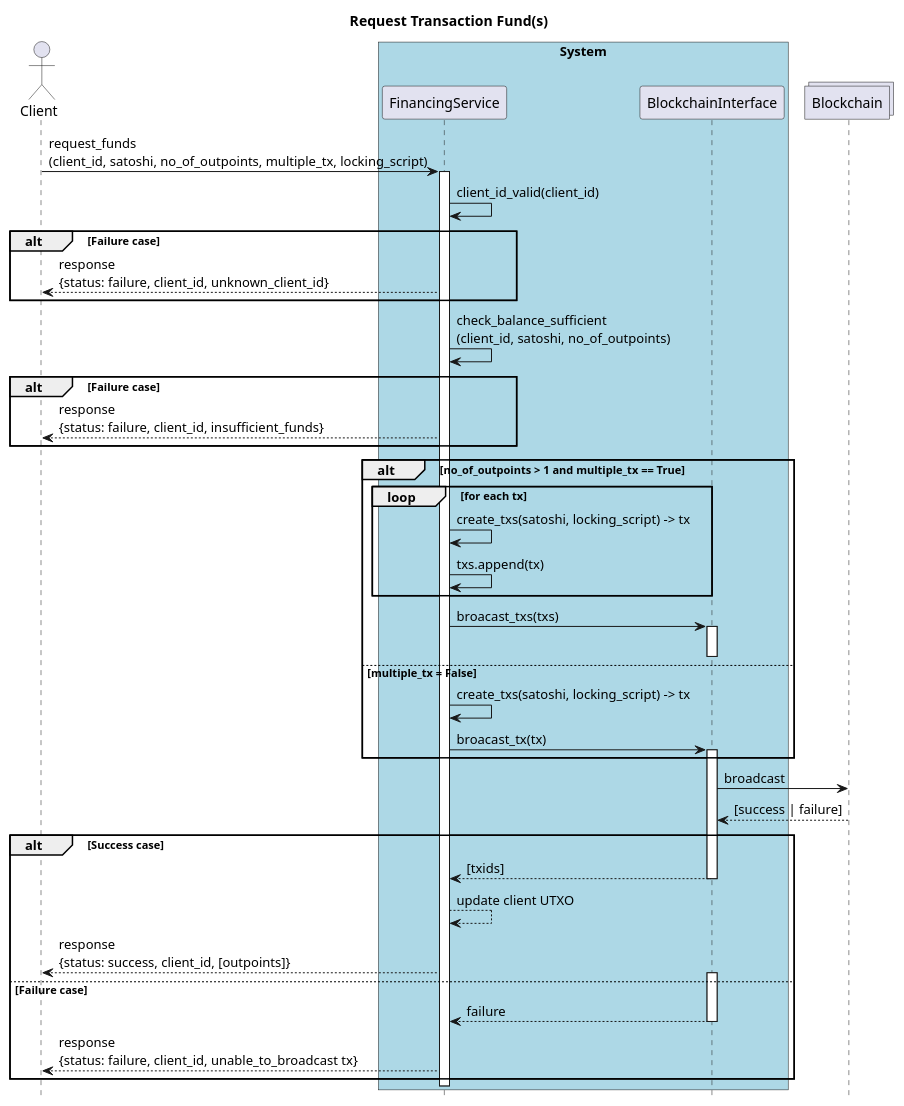
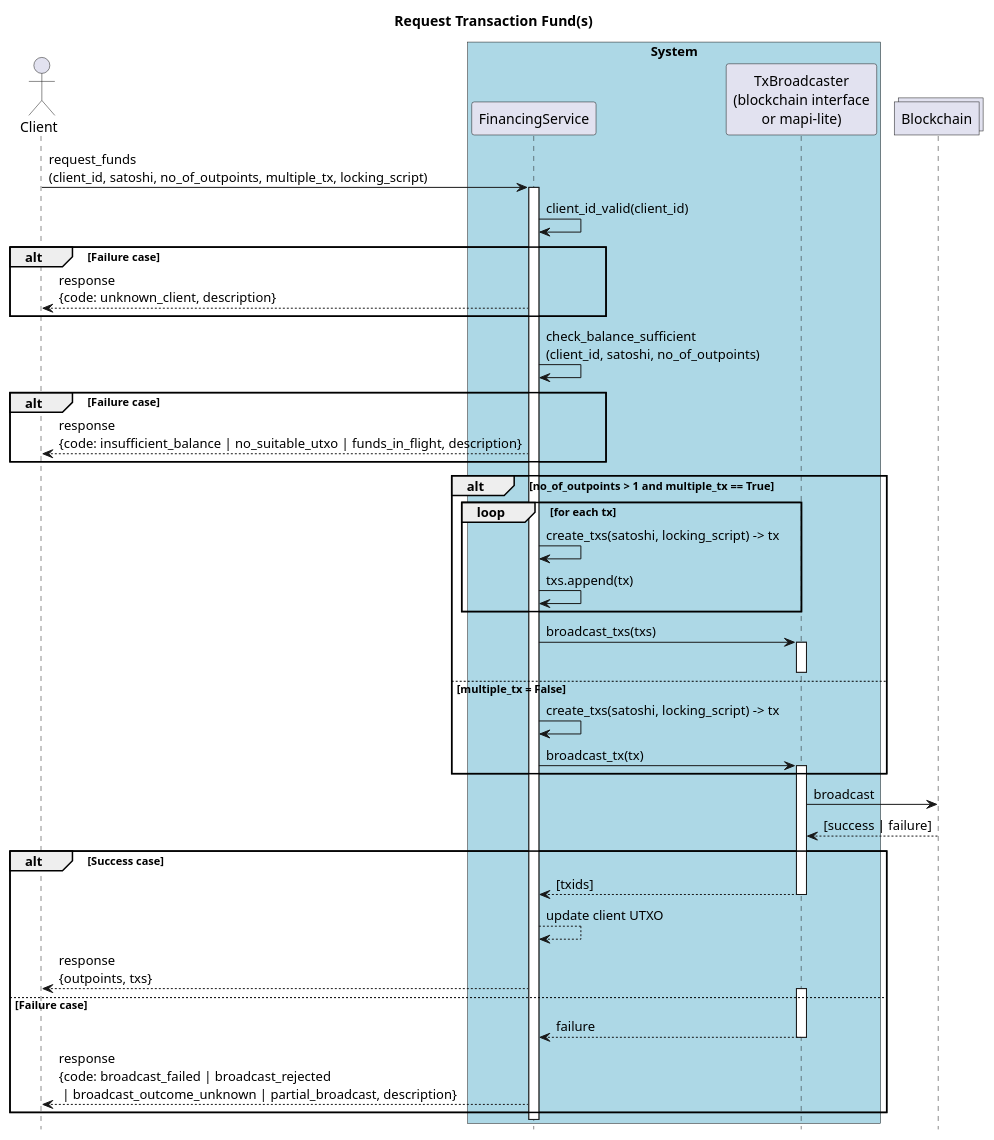
One commit to nchain-innovation/financing-service changed the diagram in docs/diagrams/request-funds.puml. Above: the diagram before and after it, drawn with PlantUML. The commit also changed 22 other files, not shown here.

```diff
--- a/docs/diagrams/request-funds.puml
+++ b/docs/diagrams/request-funds.puml
@@ -1,56 +1,56 @@
 @startuml
 title Request Transaction Fund(s)
 hide footbox
 actor Client as C
 box "System" #lightblue
 
     participant FinancingService as FS
-    participant BlockchainInterface as BS
+    participant "TxBroadcaster\n(blockchain interface\nor mapi-lite)" as BS
 end box
 
 Collections Blockchain
 
 
 C -> FS: request_funds\n(client_id, satoshi, no_of_outpoints, multiple_tx, locking_script)
 activate FS
 FS -> FS: client_id_valid(client_id)
 alt Failure case
-    FS --> C: response\n{status: failure, client_id, unknown_client_id}
+    FS --> C: response\n{code: unknown_client, description}
 end
 
 FS -> FS: check_balance_sufficient\n(client_id, satoshi, no_of_outpoints)
 alt Failure case
-    FS --> C: response\n{status: failure, client_id, insufficient_funds}
+    FS --> C: response\n{code: insufficient_balance | no_suitable_utxo | funds_in_flight, description}
 end
 
 alt no_of_outpoints > 1 and multiple_tx == True
     loop for each tx
         FS -> FS: create_txs(satoshi, locking_script) -> tx
         FS -> FS: txs.append(tx)
     end
-    FS -> BS: broacast_txs(txs)
+    FS -> BS: broadcast_txs(txs)
     activate BS
 else multiple_tx = False
     deactivate BS
     FS -> FS: create_txs(satoshi, locking_script) -> tx
-    FS -> BS: broacast_tx(tx)
+    FS -> BS: broadcast_tx(tx)
     activate BS
 end
 
 BS -> Blockchain: broadcast
 Blockchain --> BS: [success | failure]
 alt Success case
     BS --> FS: [txids]
     deactivate BS
     FS --> FS: update client UTXO
-    FS --> C: response\n{status: success, client_id, [outpoints]}
+    FS --> C: response\n{outpoints, txs}
 else Failure case
     activate BS
     BS --> FS: failure
     deactivate BS
-    FS --> C: response\n{status: failure, client_id, unable_to_broadcast tx}
+    FS --> C: response\n{code: broadcast_failed | broadcast_rejected\n | broadcast_outcome_unknown | partial_broadcast, description}
 end
 
 deactivate FS
 
 @enduml
```
